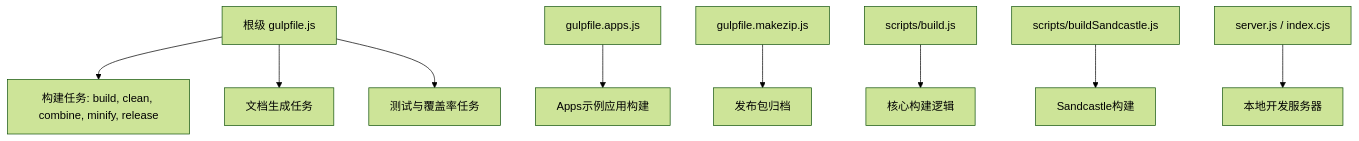
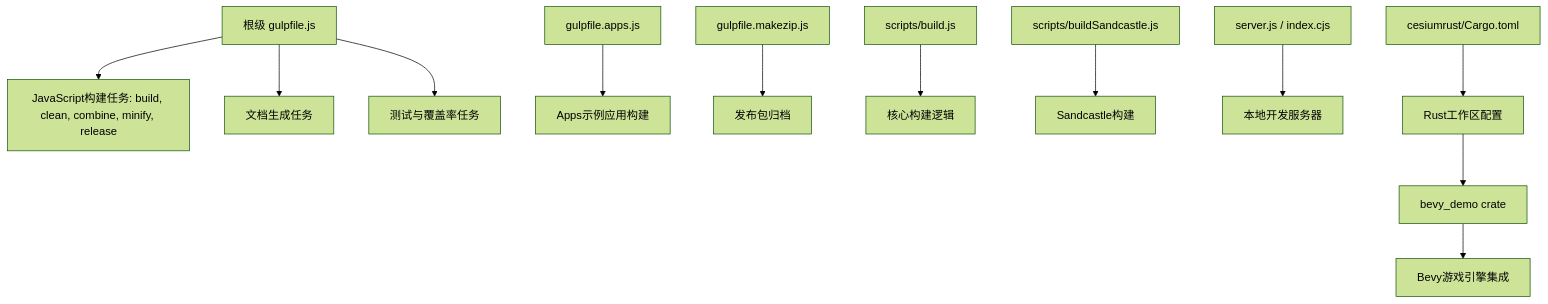
Before and after one commit to rzhangjing/cesium: the first of 6 diagrams in .qoder/repowiki/zh/content/构建与部署/构建系统配置/构建系统配置.md, drawn with Mermaid (forest theme). The commit also changed other lines of this file and 100 other files, not shown here.

````diff
--- a/.qoder/repowiki/zh/content/构建与部署/构建系统配置/构建系统配置.md
+++ b/.qoder/repowiki/zh/content/构建与部署/构建系统配置/构建系统配置.md
@@ -56,11 +68,14 @@
 ```mermaid
 graph TB
-A["根级 gulpfile.js"] --> B["构建任务: build, clean, combine, minify, release"]
+A["根级 gulpfile.js"] --> B["JavaScript构建任务: build, clean, combine, minify, release"]
 A --> C["文档生成任务"]
 A --> D["测试与覆盖率任务"]
 E["gulpfile.apps.js"] --> F["Apps示例应用构建"]
 G["gulpfile.makezip.js"] --> H["发布包归档"]
 I["scripts/build.js"] --> J["核心构建逻辑"]
 K["scripts/buildSandcastle.js"] --> L["Sandcastle构建"]
 M["server.js / index.cjs"] --> N["本地开发服务器"]
+O["cesiumrust/Cargo.toml"] --> P["Rust工作区配置"]
+P --> Q["bevy_demo crate"]
+Q --> R["Bevy游戏引擎集成"]
 ```
````
